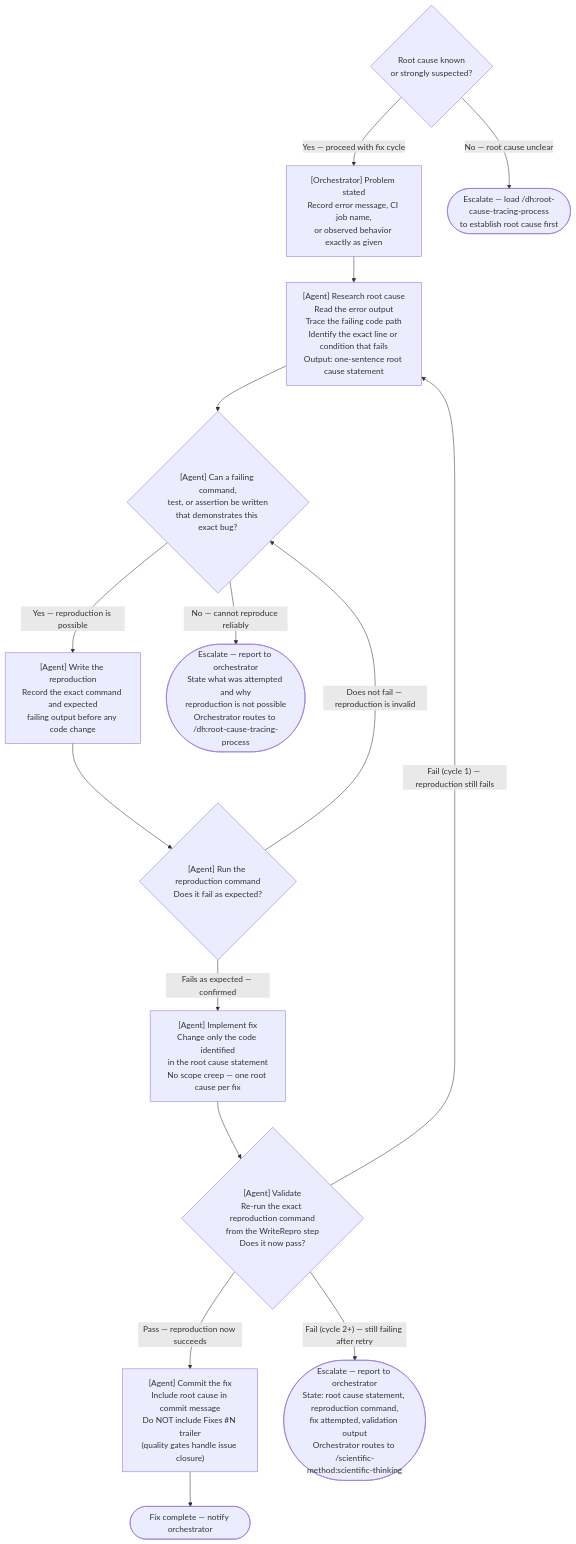
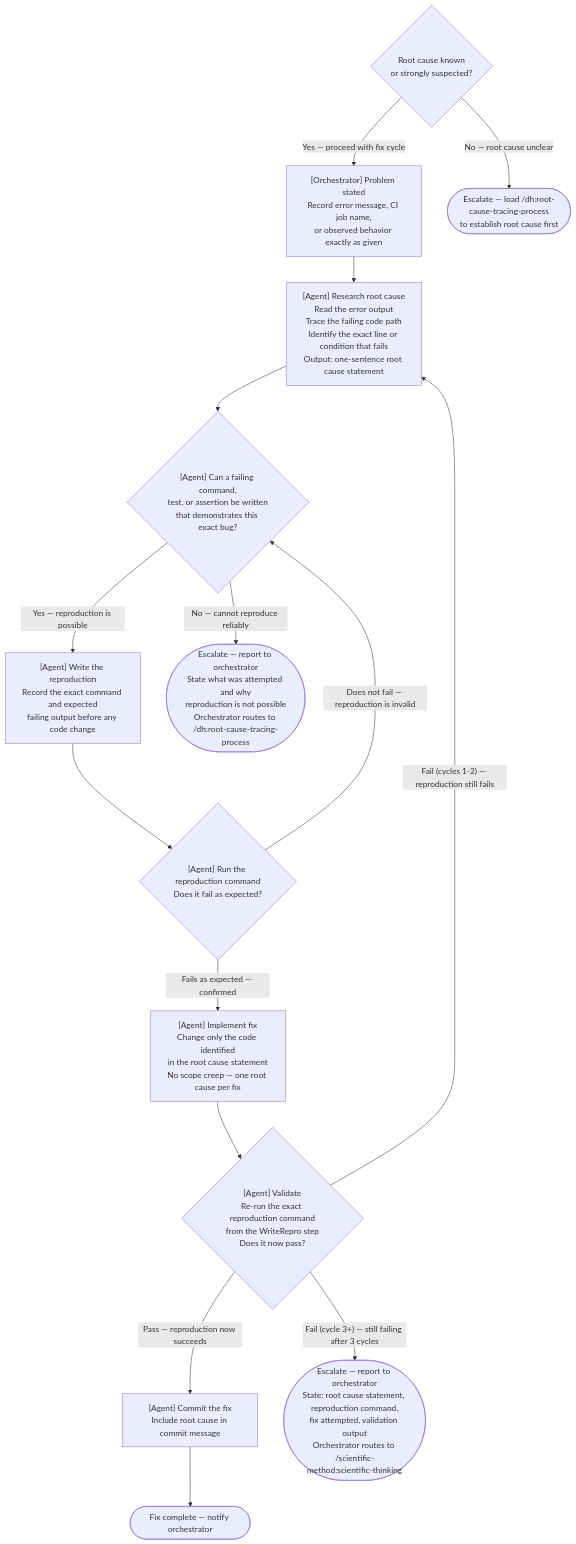
One commit to Jamie-BitFlight/claude_skills changed the diagram in rules/fix-delegation-discipline.md. Above: the diagram before and after it, drawn with Mermaid. The commit also changed other lines of this file and 48 other files, not shown here.

````diff
--- a/rules/fix-delegation-discipline.md
+++ b/rules/fix-delegation-discipline.md
@@ -7,26 +7,26 @@
 ```mermaid
 flowchart TD
     Entry{"Root cause known<br>or strongly suspected?"}
     Entry -->|"Yes — proceed with fix cycle"| P
     Entry -->|"No — root cause unclear"| TraceCause(["Escalate — load /dh:root-cause-tracing-process<br>to establish root cause first"])
 
     P["[Orchestrator] Problem stated<br>Record error message, CI job name,<br>or observed behavior exactly as given"]
     P --> R["[Agent] Research root cause<br>Read the error output<br>Trace the failing code path<br>Identify the exact line or condition that fails<br>Output: one-sentence root cause statement"]
 
     R --> Repro{"[Agent] Can a failing command,<br>test, or assertion be written<br>that demonstrates this exact bug?"}
     Repro -->|"Yes — reproduction is possible"| WriteRepro["[Agent] Write the reproduction<br>Record the exact command and expected<br>failing output before any code change"]
     Repro -->|"No — cannot reproduce reliably"| CannotRepro(["Escalate — report to orchestrator<br>State what was attempted and why<br>reproduction is not possible<br>Orchestrator routes to /dh:root-cause-tracing-process"])
 
     WriteRepro --> RunRepro{"[Agent] Run the reproduction command<br>Does it fail as expected?"}
     RunRepro -->|"Fails as expected — confirmed"| Impl
     RunRepro -->|"Does not fail — reproduction is invalid"| Repro
 
     Impl["[Agent] Implement fix<br>Change only the code identified<br>in the root cause statement<br>No scope creep — one root cause per fix"]
 
     Impl --> Val{"[Agent] Validate<br>Re-run the exact reproduction command<br>from the WriteRepro step<br>Does it now pass?"}
-    Val -->|"Pass — reproduction now succeeds"| Commit["[Agent] Commit the fix<br>Include root cause in commit message<br>Do NOT include Fixes #N trailer<br>(quality gates handle issue closure)"]
+    Val -->|"Pass — reproduction now succeeds"| Commit["[Agent] Commit the fix<br>Include root cause in commit message"]
     Commit --> Done(["Fix complete — notify orchestrator"])
 
-    Val -->|"Fail (cycle 1) — reproduction still fails"| R
-    Val -->|"Fail (cycle 2+) — still failing after retry"| Stuck(["Escalate — report to orchestrator<br>State: root cause statement, reproduction command,<br>fix attempted, validation output<br>Orchestrator routes to /scientific-method:scientific-thinking"])
+    Val -->|"Fail (cycles 1-2) — reproduction still fails"| R
+    Val -->|"Fail (cycle 3+) — still failing after 3 cycles"| Stuck(["Escalate — report to orchestrator<br>State: root cause statement, reproduction command,<br>fix attempted, validation output<br>Orchestrator routes to /scientific-method:scientific-thinking"])
 ```
````
